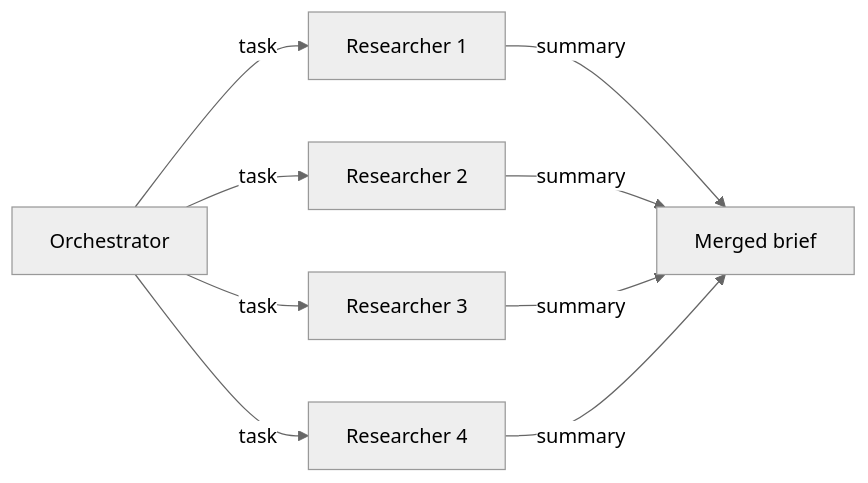
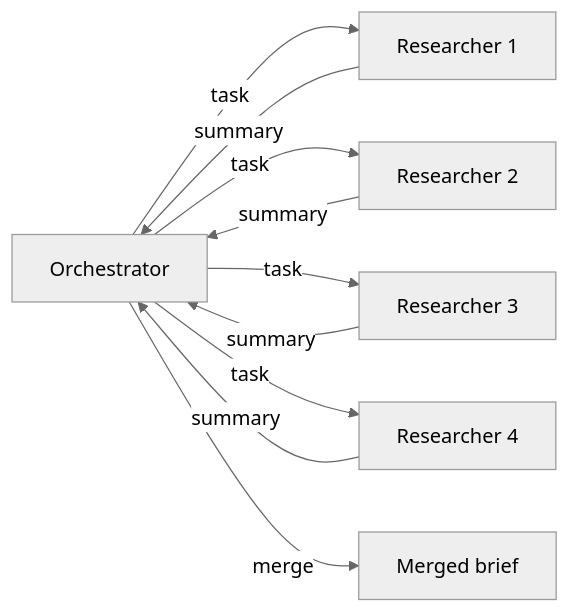
Before and after one commit to xoubish/multiGrits: the diagram in diagrams/fan-out.mmd, drawn with Mermaid (neutral theme). The commit also changed 52 other files, not shown here.

```diff
--- a/diagrams/fan-out.mmd
+++ b/diagrams/fan-out.mmd
@@ -1,9 +1,10 @@
 flowchart LR
   O["Orchestrator"] -->|"task"| R1["Researcher 1"]
   O -->|"task"| R2["Researcher 2"]
   O -->|"task"| R3["Researcher 3"]
   O -->|"task"| R4["Researcher 4"]
-  R1 -->|"summary"| M["Merged brief"]
-  R2 -->|"summary"| M
-  R3 -->|"summary"| M
-  R4 -->|"summary"| M
+  R1 -->|"summary"| O
+  R2 -->|"summary"| O
+  R3 -->|"summary"| O
+  R4 -->|"summary"| O
+  O -->|"merge"| M["Merged brief"]
```
